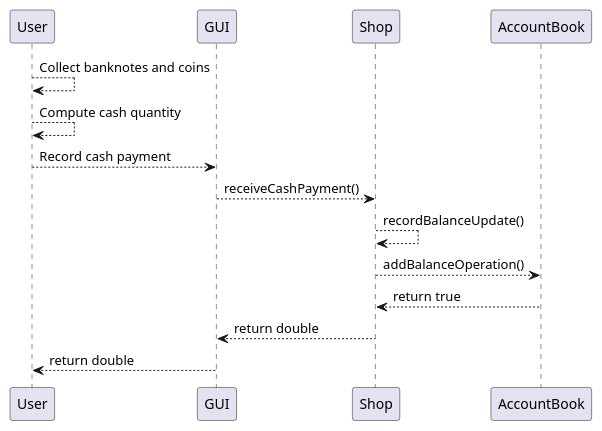
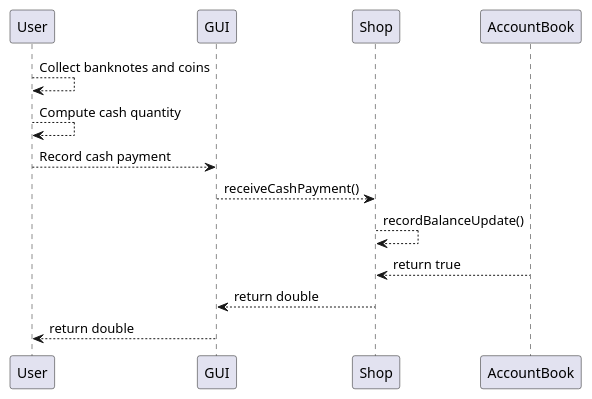
Before and after one commit to Stormz4/group20-EzShop: diagram 19 of 23 in Deliverables/DesignDocument.md, drawn with PlantUML. The commit also changed other lines of this file, not shown here.

Commit message:
Doc: Modified use case diagrams, class diagram and verification matrix

````diff
--- a/Deliverables/DesignDocument.md
+++ b/Deliverables/DesignDocument.md
@@ -604,13 +592,12 @@
 ```plantuml
 @startuml
 User --> User: Collect banknotes and coins
 User --> User: Compute cash quantity
 User --> GUI: Record cash payment
 GUI --> Shop: receiveCashPayment()
 Shop --> Shop: recordBalanceUpdate()
-Shop --> AccountBook: addBalanceOperation()
 AccountBook --> Shop: return true
 Shop --> GUI: return double
 GUI --> User: return double
 @enduml
 ```
````
